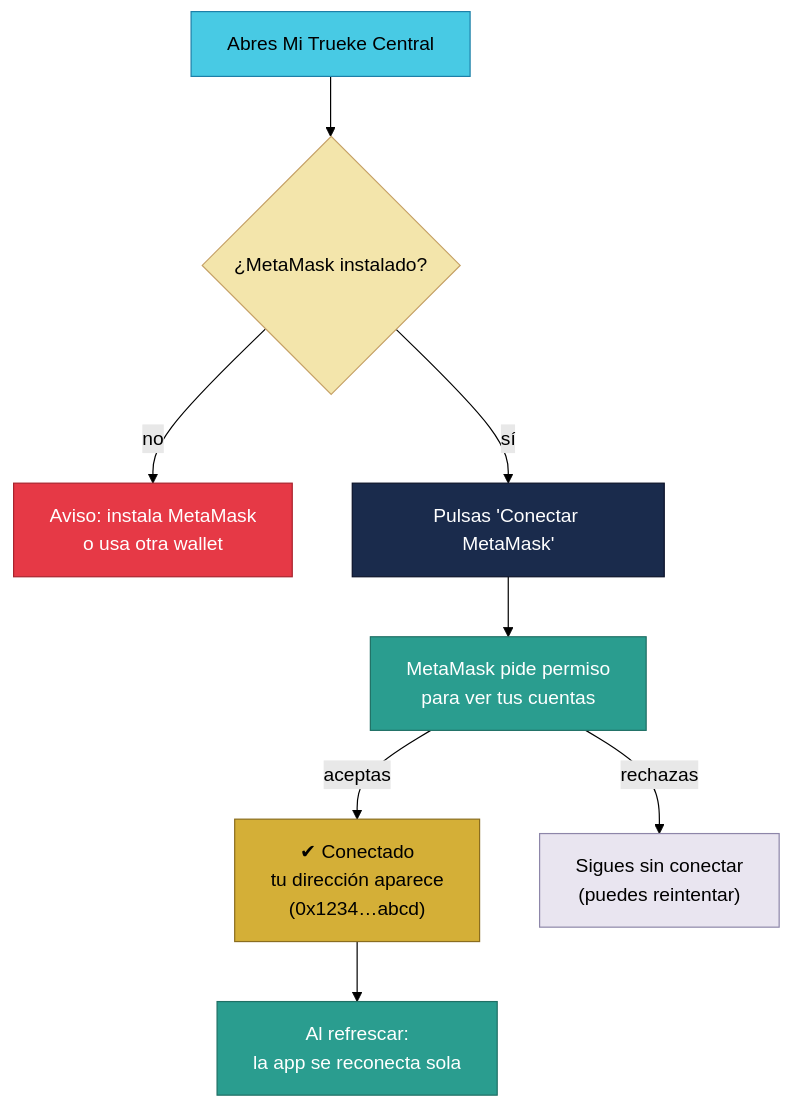
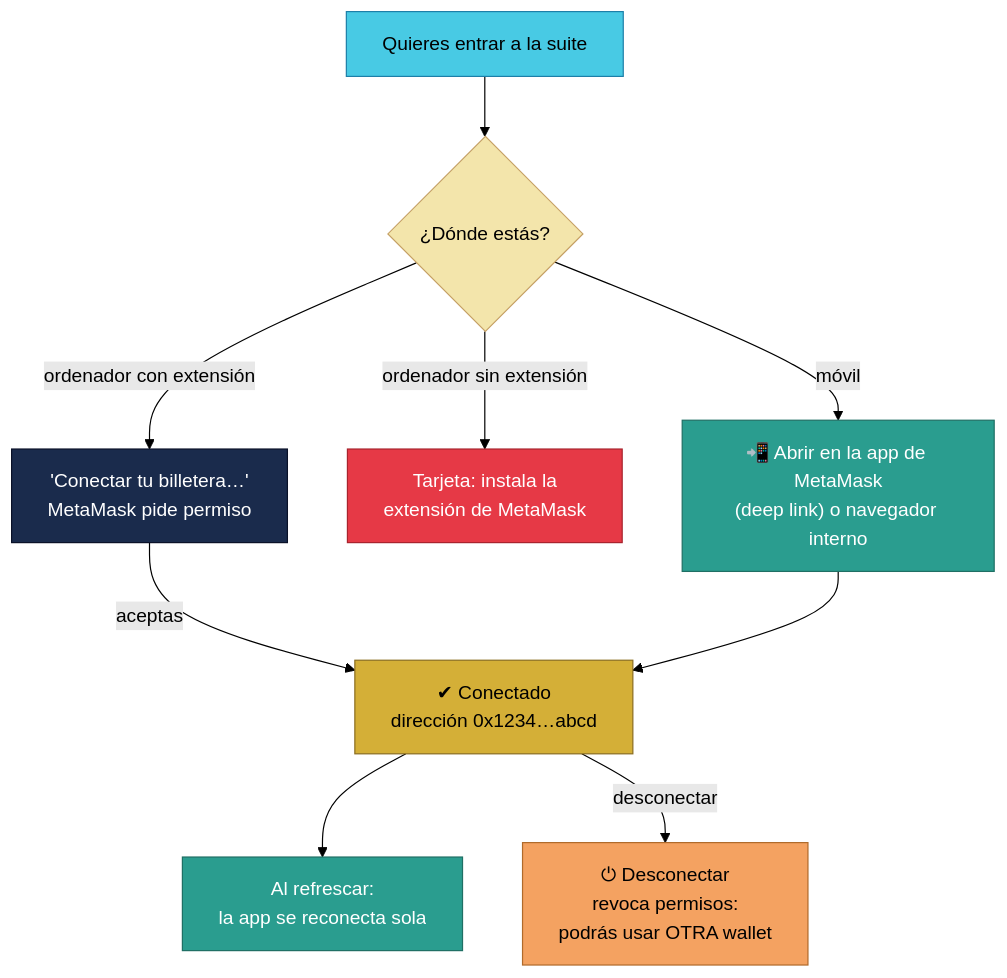
The second of 3 diagrams in docs/Manuales/03-Implementacion/07-frontend.md (anlucorporations/escrow), drawn with Mermaid (forest theme) before and after one commit. The commit also changed other lines of this file and 99 other files, not shown here.

````diff
--- a/docs/Manuales/03-Implementacion/07-frontend.md
+++ b/docs/Manuales/03-Implementacion/07-frontend.md
@@ -134,18 +177,19 @@
 ```mermaid
 flowchart TB
-    A["Abres Mi Trueke Central"] --> B{"¿MetaMask instalado?"}
-    B -->|"no"| N["Aviso: instala MetaMask<br/>o usa otra wallet"]
-    B -->|"sí"| C["Pulsas 'Conectar MetaMask'"]
-    C --> D["MetaMask pide permiso<br/>para ver tus cuentas"]
-    D -->|"aceptas"| E["✔ Conectado<br/>tu dirección aparece<br/>(0x1234…abcd)"]
-    D -->|"rechazas"| F["Sigues sin conectar<br/>(puedes reintentar)"]
+    A["Quieres entrar a la suite"] --> B{"¿Dónde estás?"}
+    B -->|"ordenador con extensión"| C["'Conectar tu billetera…'<br/>MetaMask pide permiso"]
+    C -->|"aceptas"| E["✔ Conectado<br/>dirección 0x1234…abcd"]
+    B -->|"ordenador sin extensión"| N["Tarjeta: instala la<br/>extensión de MetaMask"]
+    B -->|"móvil"| M["📲 Abrir en la app de MetaMask<br/>(deep link) o navegador interno"]
+    M --> E
     E --> G["Al refrescar:<br/>la app se reconecta sola"]
+    E -->|"desconectar"| D["⏻ Desconectar<br/>revoca permisos:<br/>podrás usar OTRA wallet"]
     style A fill:#48cae4,stroke:#1d7fa8
     style B fill:#f3e5ab,stroke:#c5a065
+    style C fill:#1a2b4c,color:#fff,stroke:#0a1128
     style N fill:#e63946,color:#fff,stroke:#a8232d
-    style C fill:#1a2b4c,color:#fff,stroke:#0a1128
-    style D fill:#2a9d8f,color:#fff,stroke:#1f6f64
+    style M fill:#2a9d8f,color:#fff,stroke:#1f6f64
     style E fill:#d4af37,stroke:#8a6d1f
-    style F fill:#e9e5f0,stroke:#8d86a9
     style G fill:#2a9d8f,color:#fff,stroke:#1f6f64
+    style D fill:#f4a261,stroke:#b06a2a
 ```
````
